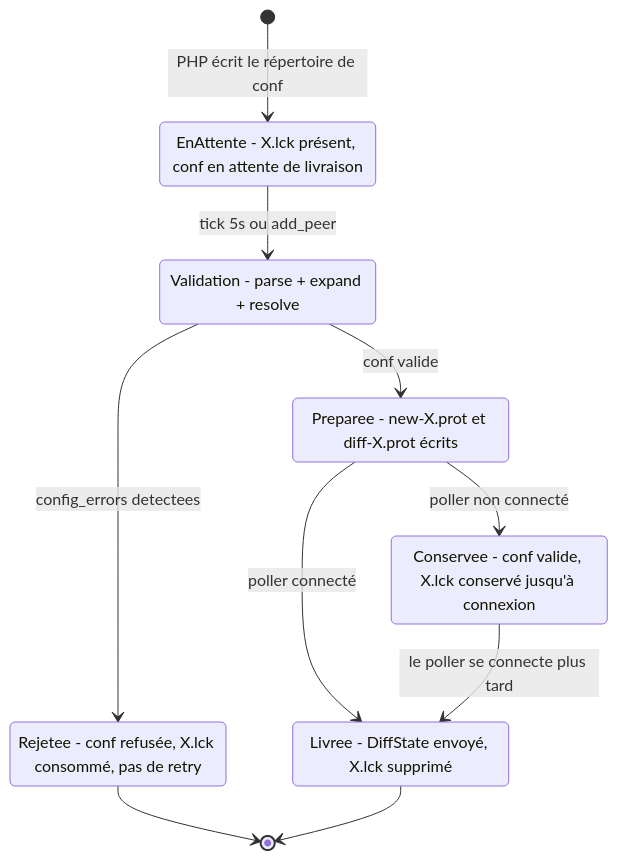
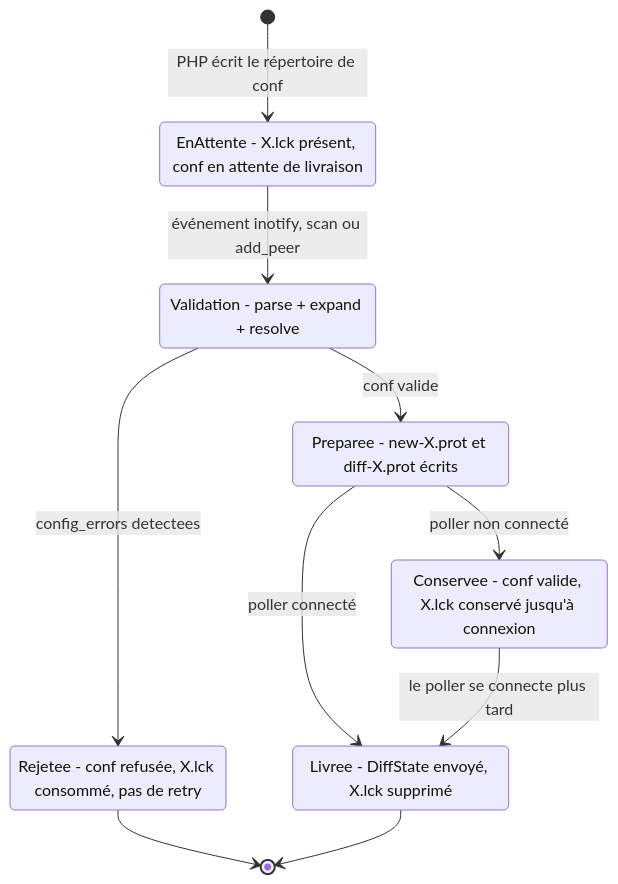
The eighth of 43 diagrams in doc/nego-engine-broker-fr.md (centreon/centreon-collect), drawn with Mermaid before and after one commit. The commit also changed other lines of this file and 9 other files, not shown here.

````diff
--- a/doc/nego-engine-broker-fr.md
+++ b/doc/nego-engine-broker-fr.md
@@ -842,18 +1054,18 @@
 ```mermaid
 stateDiagram-v2
     EnAttente: EnAttente - X.lck présent, conf en attente de livraison
     Validation: Validation - parse + expand + resolve
     Rejetee: Rejetee - conf refusée, X.lck consommé, pas de retry
     Preparee: Preparee - new-X.prot et diff-X.prot écrits
     Conservee: Conservee - conf valide, X.lck conservé jusqu'à connexion
     Livree: Livree - DiffState envoyé, X.lck supprimé
     [*] --> EnAttente: PHP écrit le répertoire de conf
-    EnAttente --> Validation: tick 5s ou add_peer
+    EnAttente --> Validation: événement inotify, scan ou add_peer
     Validation --> Rejetee: config_errors detectees
     Validation --> Preparee: conf valide
     Rejetee --> [*]
     Preparee --> Livree: poller connecté
     Preparee --> Conservee: poller non connecté
     Conservee --> Livree: le poller se connecte plus tard
     Livree --> [*]
 ```
````
